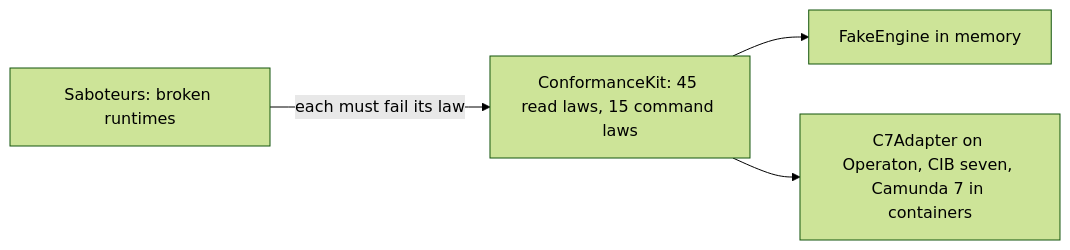
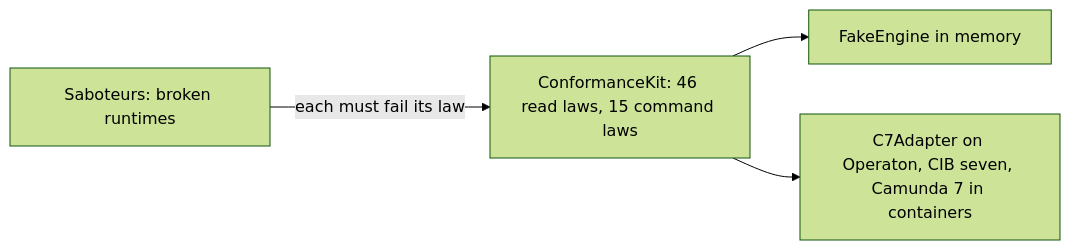
The diagram in apps/vscode/docs/adr/runtime-contract.md (Miragon/pulse), drawn with Mermaid (forest theme) before and after one commit. The commit also changed other lines of this file and 35 other files, not shown here.

````diff
--- a/apps/vscode/docs/adr/runtime-contract.md
+++ b/apps/vscode/docs/adr/runtime-contract.md
@@ -167,7 +168,7 @@
 ```mermaid
 flowchart LR
-  kit[ConformanceKit: 45 read laws, 15 command laws]
+  kit[ConformanceKit: 46 read laws, 15 command laws]
   kit --> fake[FakeEngine in memory]
   kit --> c7[C7Adapter on Operaton, CIB seven, Camunda 7 in containers]
   saboteurs[Saboteurs: broken runtimes] -- each must fail its law --> kit
 ```
````
